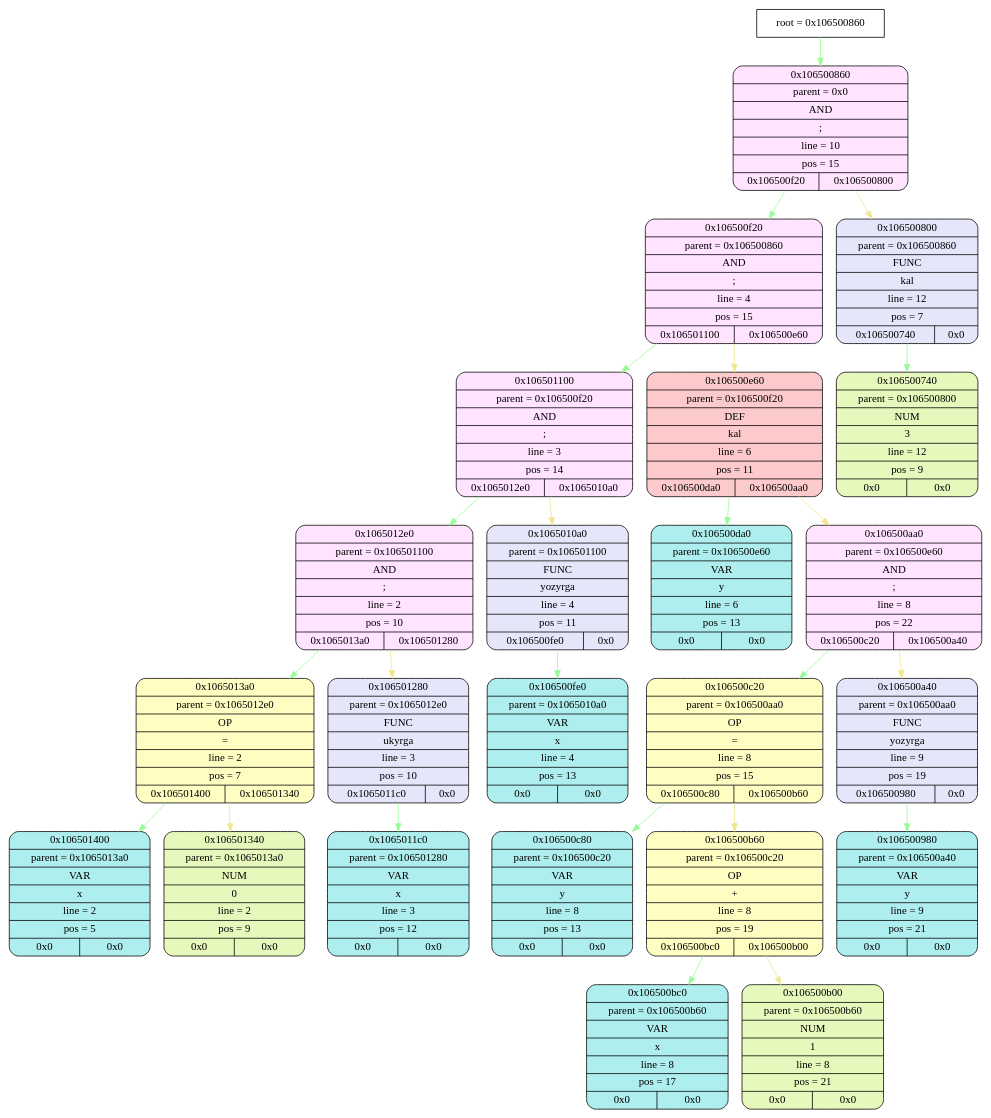
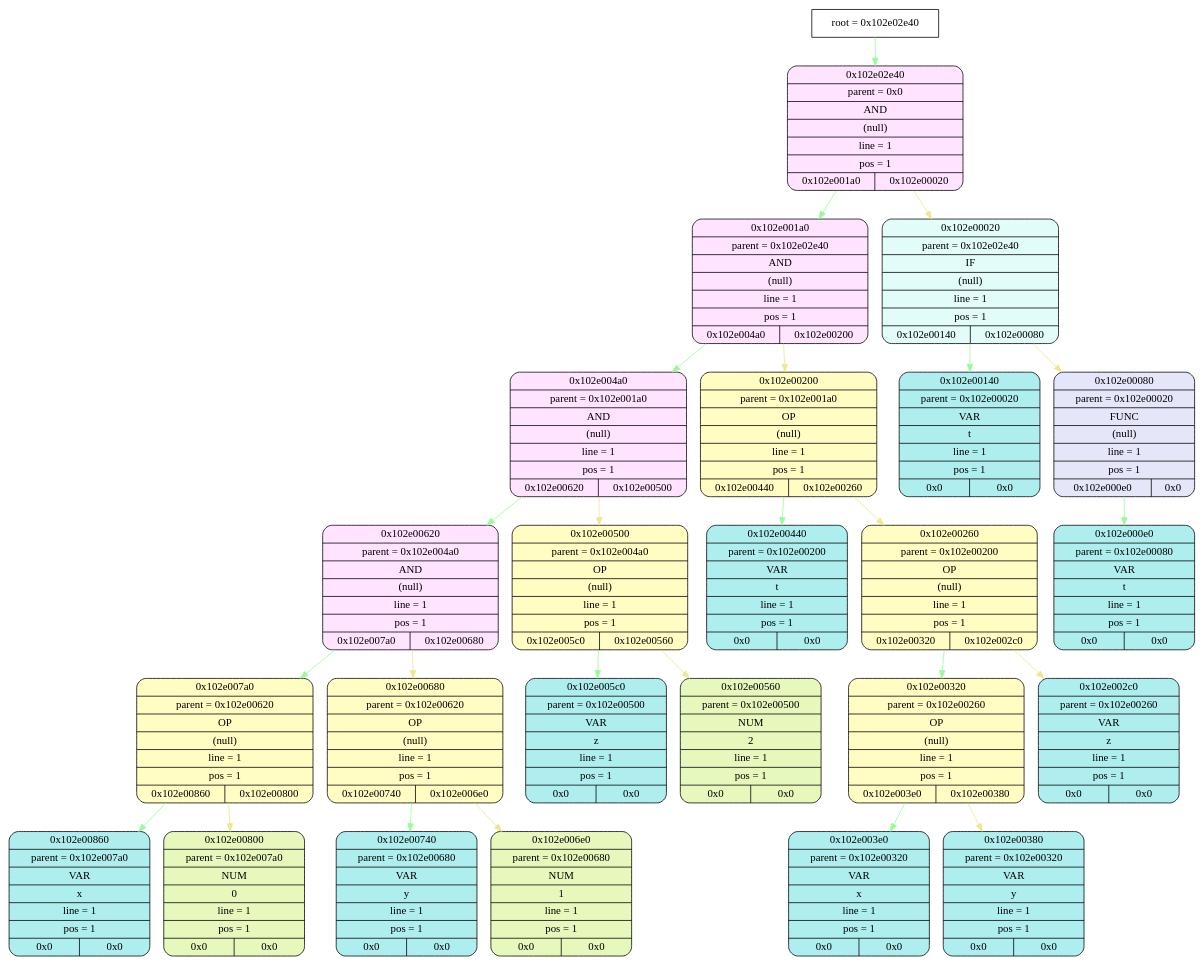
The diagram in frontend/tmp/graphviz.dot (esgalimov/language), drawn with Graphviz before and after one commit. The commit also changed 20 other files, not shown here.

```diff
--- a/frontend/tmp/graphviz.dot
+++ b/frontend/tmp/graphviz.dot
@@ -1,74 +1,77 @@
 digraph
 {
-    node_info[shape = record, label = "{root = 0x106500860}"];
+    node_info[shape = record, label = "{root = 0x102e02e40}"];
 
-    node_info->node_0x106500860 [color = "#98FB98"];
-    node_0x106500860[shape = Mrecord, label = "{{0x106500860} | {parent =  0x0} | {AND} | {;} | {line = 10} | {pos = 15} | {0x106500f20 | 0x106500800}}",
+    node_info->node_0x102e02e40 [color = "#98FB98"];
+    node_0x102e02e40[shape = Mrecord, label = "{{0x102e02e40} | {parent =  0x0} | {AND} | {(null)} | {line = 1} | {pos = 1} | {0x102e001a0 | 0x102e00020}}",
                                         style="filled", fillcolor="#FFE3FF"];
-    node_0x106500f20[shape = Mrecord, label = "{{0x106500f20} | {parent =  0x106500860} | {AND} | {;} | {line = 4} | {pos = 15} | {0x106501100 | 0x106500e60}}",
+    node_0x102e001a0[shape = Mrecord, label = "{{0x102e001a0} | {parent =  0x102e02e40} | {AND} | {(null)} | {line = 1} | {pos = 1} | {0x102e004a0 | 0x102e00200}}",
                                         style="filled", fillcolor="#FFE3FF"];
-    node_0x106501100[shape = Mrecord, label = "{{0x106501100} | {parent =  0x106500f20} | {AND} | {;} | {line = 3} | {pos = 14} | {0x1065012e0 | 0x1065010a0}}",
+    node_0x102e004a0[shape = Mrecord, label = "{{0x102e004a0} | {parent =  0x102e001a0} | {AND} | {(null)} | {line = 1} | {pos = 1} | {0x102e00620 | 0x102e00500}}",
                                         style="filled", fillcolor="#FFE3FF"];
-    node_0x1065012e0[shape = Mrecord, label = "{{0x1065012e0} | {parent =  0x106501100} | {AND} | {;} | {line = 2} | {pos = 10} | {0x1065013a0 | 0x106501280}}",
+    node_0x102e00620[shape = Mrecord, label = "{{0x102e00620} | {parent =  0x102e004a0} | {AND} | {(null)} | {line = 1} | {pos = 1} | {0x102e007a0 | 0x102e00680}}",
                                         style="filled", fillcolor="#FFE3FF"];
-    node_0x1065013a0[shape = Mrecord, label = "{{0x1065013a0} | {parent =  0x1065012e0} | {OP} | {=} | {line = 2} | {pos = 7} | {0x106501400 | 0x106501340}}",
+    node_0x102e007a0[shape = Mrecord, label = "{{0x102e007a0} | {parent =  0x102e00620} | {OP} | {(null)} | {line = 1} | {pos = 1} | {0x102e00860 | 0x102e00800}}",
                                         style="filled", fillcolor="#FFFDC2"];
-    node_0x106501400[shape = Mrecord, label = "{{0x106501400} | {parent =  0x1065013a0} | {VAR} | {x} | {line = 2} | {pos = 5} | {0x0 | 0x0}}",
+    node_0x102e00860[shape = Mrecord, label = "{{0x102e00860} | {parent =  0x102e007a0} | {VAR} | {x} | {line = 1} | {pos = 1} | {0x0 | 0x0}}",
                                         style="filled", fillcolor="#AFEEEE"];
-    node_0x106501340[shape = Mrecord, label = "{{0x106501340} | {parent =  0x1065013a0} | {NUM} | {0} | {line = 2} | {pos = 9} | {0x0 | 0x0}}",
+    node_0x102e00800[shape = Mrecord, label = "{{0x102e00800} | {parent =  0x102e007a0} | {NUM} | {0} | {line = 1} | {pos = 1} | {0x0 | 0x0}}",
                 style="filled", fillcolor="#E7F8BC"];
-    node_0x106501280[shape = Mrecord, label = "{{0x106501280} | {parent =  0x1065012e0} | {FUNC} | {ukyrga} | {line = 3} | {pos = 10} | {0x1065011c0 | 0x0}}",
+    node_0x102e00680[shape = Mrecord, label = "{{0x102e00680} | {parent =  0x102e00620} | {OP} | {(null)} | {line = 1} | {pos = 1} | {0x102e00740 | 0x102e006e0}}",
+                                        style="filled", fillcolor="#FFFDC2"];
+    node_0x102e00740[shape = Mrecord, label = "{{0x102e00740} | {parent =  0x102e00680} | {VAR} | {y} | {line = 1} | {pos = 1} | {0x0 | 0x0}}",
+                                        style="filled", fillcolor="#AFEEEE"];
+    node_0x102e006e0[shape = Mrecord, label = "{{0x102e006e0} | {parent =  0x102e00680} | {NUM} | {1} | {line = 1} | {pos = 1} | {0x0 | 0x0}}",
+                style="filled", fillcolor="#E7F8BC"];
+    node_0x102e00500[shape = Mrecord, label = "{{0x102e00500} | {parent =  0x102e004a0} | {OP} | {(null)} | {line = 1} | {pos = 1} | {0x102e005c0 | 0x102e00560}}",
+                                        style="filled", fillcolor="#FFFDC2"];
+    node_0x102e005c0[shape = Mrecord, label = "{{0x102e005c0} | {parent =  0x102e00500} | {VAR} | {z} | {line = 1} | {pos = 1} | {0x0 | 0x0}}",
+                                        style="filled", fillcolor="#AFEEEE"];
+    node_0x102e00560[shape = Mrecord, label = "{{0x102e00560} | {parent =  0x102e00500} | {NUM} | {2} | {line = 1} | {pos = 1} | {0x0 | 0x0}}",
+                style="filled", fillcolor="#E7F8BC"];
+    node_0x102e00200[shape = Mrecord, label = "{{0x102e00200} | {parent =  0x102e001a0} | {OP} | {(null)} | {line = 1} | {pos = 1} | {0x102e00440 | 0x102e00260}}",
+                                        style="filled", fillcolor="#FFFDC2"];
+    node_0x102e00440[shape = Mrecord, label = "{{0x102e00440} | {parent =  0x102e00200} | {VAR} | {t} | {line = 1} | {pos = 1} | {0x0 | 0x0}}",
+                                        style="filled", fillcolor="#AFEEEE"];
+    node_0x102e00260[shape = Mrecord, label = "{{0x102e00260} | {parent =  0x102e00200} | {OP} | {(null)} | {line = 1} | {pos = 1} | {0x102e00320 | 0x102e002c0}}",
+                                        style="filled", fillcolor="#FFFDC2"];
+    node_0x102e00320[shape = Mrecord, label = "{{0x102e00320} | {parent =  0x102e00260} | {OP} | {(null)} | {line = 1} | {pos = 1} | {0x102e003e0 | 0x102e00380}}",
+                                        style="filled", fillcolor="#FFFDC2"];
+    node_0x102e003e0[shape = Mrecord, label = "{{0x102e003e0} | {parent =  0x102e00320} | {VAR} | {x} | {line = 1} | {pos = 1} | {0x0 | 0x0}}",
+                                        style="filled", fillcolor="#AFEEEE"];
+    node_0x102e00380[shape = Mrecord, label = "{{0x102e00380} | {parent =  0x102e00320} | {VAR} | {y} | {line = 1} | {pos = 1} | {0x0 | 0x0}}",
+                                        style="filled", fillcolor="#AFEEEE"];
+    node_0x102e002c0[shape = Mrecord, label = "{{0x102e002c0} | {parent =  0x102e00260} | {VAR} | {z} | {line = 1} | {pos = 1} | {0x0 | 0x0}}",
+                                        style="filled", fillcolor="#AFEEEE"];
+    node_0x102e00020[shape = Mrecord, label = "{{0x102e00020} | {parent =  0x102e02e40} | {IF} | {(null)} | {line = 1} | {pos = 1} | {0x102e00140 | 0x102e00080}}",
+                                        style="filled", fillcolor="#E1FCF9"];
+    node_0x102e00140[shape = Mrecord, label = "{{0x102e00140} | {parent =  0x102e00020} | {VAR} | {t} | {line = 1} | {pos = 1} | {0x0 | 0x0}}",
+                                        style="filled", fillcolor="#AFEEEE"];
+    node_0x102e00080[shape = Mrecord, label = "{{0x102e00080} | {parent =  0x102e00020} | {FUNC} | {(null)} | {line = 1} | {pos = 1} | {0x102e000e0 | 0x0}}",
                                         style="filled", fillcolor="#E6E6FA"];
-    node_0x1065011c0[shape = Mrecord, label = "{{0x1065011c0} | {parent =  0x106501280} | {VAR} | {x} | {line = 3} | {pos = 12} | {0x0 | 0x0}}",
+    node_0x102e000e0[shape = Mrecord, label = "{{0x102e000e0} | {parent =  0x102e00080} | {VAR} | {t} | {line = 1} | {pos = 1} | {0x0 | 0x0}}",
                                         style="filled", fillcolor="#AFEEEE"];
-    node_0x1065010a0[shape = Mrecord, label = "{{0x1065010a0} | {parent =  0x106501100} | {FUNC} | {yozyrga} | {line = 4} | {pos = 11} | {0x106500fe0 | 0x0}}",
-                                        style="filled", fillcolor="#E6E6FA"];
-    node_0x106500fe0[shape = Mrecord, label = "{{0x106500fe0} | {parent =  0x1065010a0} | {VAR} | {x} | {line = 4} | {pos = 13} | {0x0 | 0x0}}",
-                                        style="filled", fillcolor="#AFEEEE"];
-    node_0x106500e60[shape = Mrecord, label = "{{0x106500e60} | {parent =  0x106500f20} | {DEF} | {kal} | {line = 6} | {pos = 11} | {0x106500da0 | 0x106500aa0}}",
-                                        style="filled", fillcolor="#FCCACA"];
-    node_0x106500da0[shape = Mrecord, label = "{{0x106500da0} | {parent =  0x106500e60} | {VAR} | {y} | {line = 6} | {pos = 13} | {0x0 | 0x0}}",
-                                        style="filled", fillcolor="#AFEEEE"];
-    node_0x106500aa0[shape = Mrecord, label = "{{0x106500aa0} | {parent =  0x106500e60} | {AND} | {;} | {line = 8} | {pos = 22} | {0x106500c20 | 0x106500a40}}",
-                                        style="filled", fillcolor="#FFE3FF"];
-    node_0x106500c20[shape = Mrecord, label = "{{0x106500c20} | {parent =  0x106500aa0} | {OP} | {=} | {line = 8} | {pos = 15} | {0x106500c80 | 0x106500b60}}",
-                                        style="filled", fillcolor="#FFFDC2"];
-    node_0x106500c80[shape = Mrecord, label = "{{0x106500c80} | {parent =  0x106500c20} | {VAR} | {y} | {line = 8} | {pos = 13} | {0x0 | 0x0}}",
-                                        style="filled", fillcolor="#AFEEEE"];
-    node_0x106500b60[shape = Mrecord, label = "{{0x106500b60} | {parent =  0x106500c20} | {OP} | {+} | {line = 8} | {pos = 19} | {0x106500bc0 | 0x106500b00}}",
-                                        style="filled", fillcolor="#FFFDC2"];
-    node_0x106500bc0[shape = Mrecord, label = "{{0x106500bc0} | {parent =  0x106500b60} | {VAR} | {x} | {line = 8} | {pos = 17} | {0x0 | 0x0}}",
-                                        style="filled", fillcolor="#AFEEEE"];
-    node_0x106500b00[shape = Mrecord, label = "{{0x106500b00} | {parent =  0x106500b60} | {NUM} | {1} | {line = 8} | {pos = 21} | {0x0 | 0x0}}",
-                style="filled", fillcolor="#E7F8BC"];
-    node_0x106500a40[shape = Mrecord, label = "{{0x106500a40} | {parent =  0x106500aa0} | {FUNC} | {yozyrga} | {line = 9} | {pos = 19} | {0x106500980 | 0x0}}",
-                                        style="filled", fillcolor="#E6E6FA"];
-    node_0x106500980[shape = Mrecord, label = "{{0x106500980} | {parent =  0x106500a40} | {VAR} | {y} | {line = 9} | {pos = 21} | {0x0 | 0x0}}",
-                                        style="filled", fillcolor="#AFEEEE"];
-    node_0x106500800[shape = Mrecord, label = "{{0x106500800} | {parent =  0x106500860} | {FUNC} | {kal} | {line = 12} | {pos = 7} | {0x106500740 | 0x0}}",
-                                        style="filled", fillcolor="#E6E6FA"];
-    node_0x106500740[shape = Mrecord, label = "{{0x106500740} | {parent =  0x106500800} | {NUM} | {3} | {line = 12} | {pos = 9} | {0x0 | 0x0}}",
-                style="filled", fillcolor="#E7F8BC"];
-    node_0x106500860->node_0x106500f20 [color = "#98FB98"];
-    node_0x106500f20->node_0x106501100 [color = "#98FB98"];
-    node_0x106501100->node_0x1065012e0 [color = "#98FB98"];
-    node_0x1065012e0->node_0x1065013a0 [color = "#98FB98"];
-    node_0x1065013a0->node_0x106501400 [color = "#98FB98"];
-    node_0x1065013a0->node_0x106501340 [color = "#F0E68C"];
-    node_0x1065012e0->node_0x106501280 [color = "#F0E68C"];
-    node_0x106501280->node_0x1065011c0 [color = "#98FB98"];
-    node_0x106501100->node_0x1065010a0 [color = "#F0E68C"];
-    node_0x1065010a0->node_0x106500fe0 [color = "#98FB98"];
-    node_0x106500f20->node_0x106500e60 [color = "#F0E68C"];
-    node_0x106500e60->node_0x106500da0 [color = "#98FB98"];
-    node_0x106500e60->node_0x106500aa0 [color = "#F0E68C"];
-    node_0x106500aa0->node_0x106500c20 [color = "#98FB98"];
-    node_0x106500c20->node_0x106500c80 [color = "#98FB98"];
-    node_0x106500c20->node_0x106500b60 [color = "#F0E68C"];
-    node_0x106500b60->node_0x106500bc0 [color = "#98FB98"];
-    node_0x106500b60->node_0x106500b00 [color = "#F0E68C"];
-    node_0x106500aa0->node_0x106500a40 [color = "#F0E68C"];
-    node_0x106500a40->node_0x106500980 [color = "#98FB98"];
-    node_0x106500860->node_0x106500800 [color = "#F0E68C"];
-    node_0x106500800->node_0x106500740 [color = "#98FB98"];
+    node_0x102e02e40->node_0x102e001a0 [color = "#98FB98"];
+    node_0x102e001a0->node_0x102e004a0 [color = "#98FB98"];
+    node_0x102e004a0->node_0x102e00620 [color = "#98FB98"];
+    node_0x102e00620->node_0x102e007a0 [color = "#98FB98"];
+    node_0x102e007a0->node_0x102e00860 [color = "#98FB98"];
+    node_0x102e007a0->node_0x102e00800 [color = "#F0E68C"];
+    node_0x102e00620->node_0x102e00680 [color = "#F0E68C"];
+    node_0x102e00680->node_0x102e00740 [color = "#98FB98"];
+    node_0x102e00680->node_0x102e006e0 [color = "#F0E68C"];
+    node_0x102e004a0->node_0x102e00500 [color = "#F0E68C"];
+    node_0x102e00500->node_0x102e005c0 [color = "#98FB98"];
+    node_0x102e00500->node_0x102e00560 [color = "#F0E68C"];
+    node_0x102e001a0->node_0x102e00200 [color = "#F0E68C"];
+    node_0x102e00200->node_0x102e00440 [color = "#98FB98"];
+    node_0x102e00200->node_0x102e00260 [color = "#F0E68C"];
+    node_0x102e00260->node_0x102e00320 [color = "#98FB98"];
+    node_0x102e00320->node_0x102e003e0 [color = "#98FB98"];
+    node_0x102e00320->node_0x102e00380 [color = "#F0E68C"];
+    node_0x102e00260->node_0x102e002c0 [color = "#F0E68C"];
+    node_0x102e02e40->node_0x102e00020 [color = "#F0E68C"];
+    node_0x102e00020->node_0x102e00140 [color = "#98FB98"];
+    node_0x102e00020->node_0x102e00080 [color = "#F0E68C"];
+    node_0x102e00080->node_0x102e000e0 [color = "#98FB98"];
 }
```
